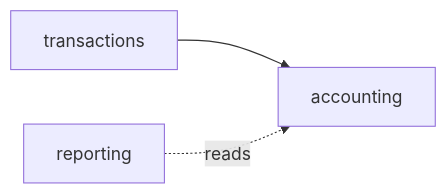
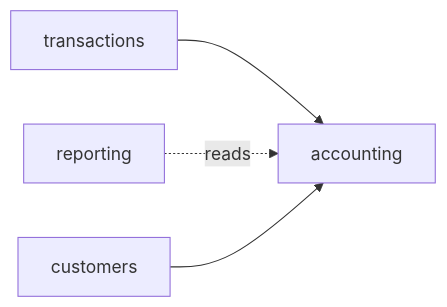
The diagram in README.md (michal-mm/ebank), drawn with Mermaid before and after one commit. The commit also changed other lines of this file and 2 other files, not shown here.

Commit message:
customers BC specified

````diff
--- a/README.md
+++ b/README.md
@@ -15,5 +16,6 @@
 ```mermaid
 flowchart LR
   transactions --> accounting
   reporting -.->|reads| accounting
+  customers --> accounting
 ```
````
